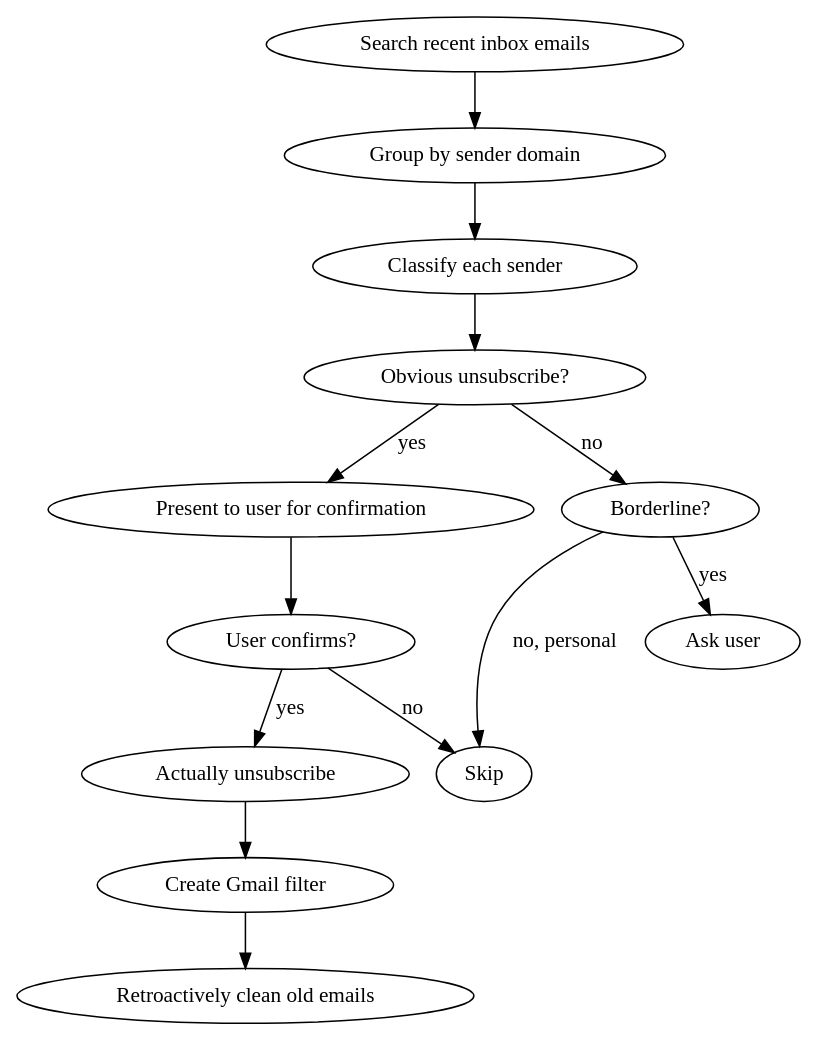
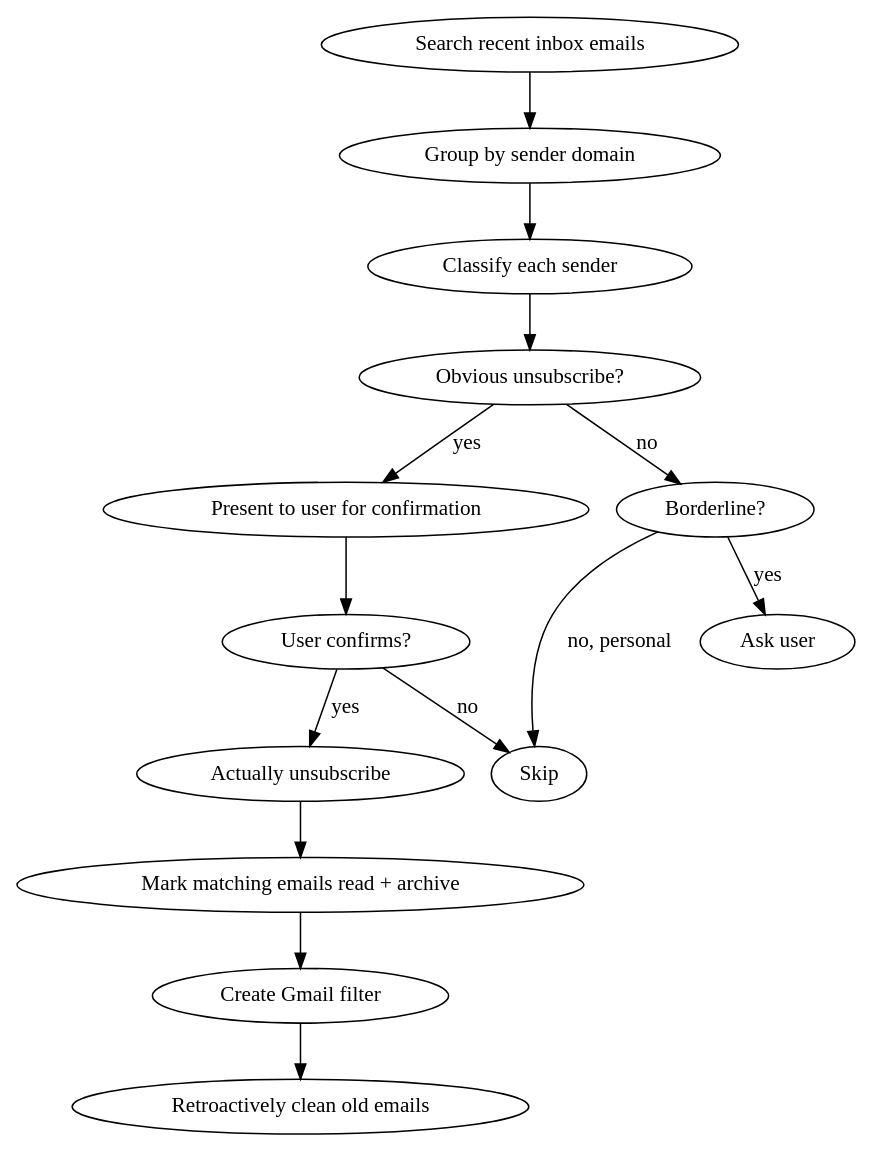
Before and after one commit to colonelpanic8/dotfiles: the diagram in dotfiles/agents/skills/email-unsubscribe-check/SKILL.md, drawn with Graphviz. The commit also changed other lines of this file, not shown here.

Commit message:
Update unsubscribe skill cleanup guidance

````diff
--- a/dotfiles/agents/skills/email-unsubscribe-check/SKILL.md
+++ b/dotfiles/agents/skills/email-unsubscribe-check/SKILL.md
@@ -12,16 +12,17 @@
 ```dot
 digraph unsubscribe_check {
     "Search recent inbox emails" -> "Group by sender domain";
     "Group by sender domain" -> "Classify each sender";
     "Classify each sender" -> "Obvious unsubscribe?";
     "Obvious unsubscribe?" -> "Present to user for confirmation" [label="yes"];
     "Obvious unsubscribe?" -> "Borderline?" [label="no"];
     "Borderline?" -> "Ask user" [label="yes"];
     "Borderline?" -> "Skip" [label="no, personal"];
     "Present to user for confirmation" -> "User confirms?";
     "User confirms?" -> "Actually unsubscribe" [label="yes"];
     "User confirms?" -> "Skip" [label="no"];
-    "Actually unsubscribe" -> "Create Gmail filter";
+    "Actually unsubscribe" -> "Mark matching emails read + archive";
+    "Mark matching emails read + archive" -> "Create Gmail filter";
     "Create Gmail filter" -> "Retroactively clean old emails";
 }
 ```
````
